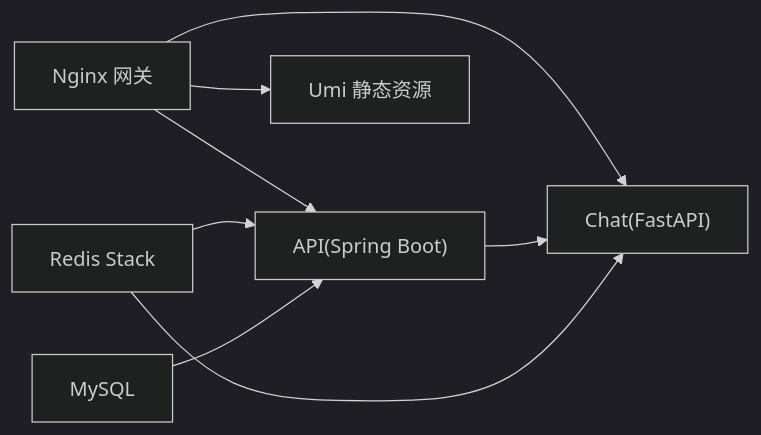
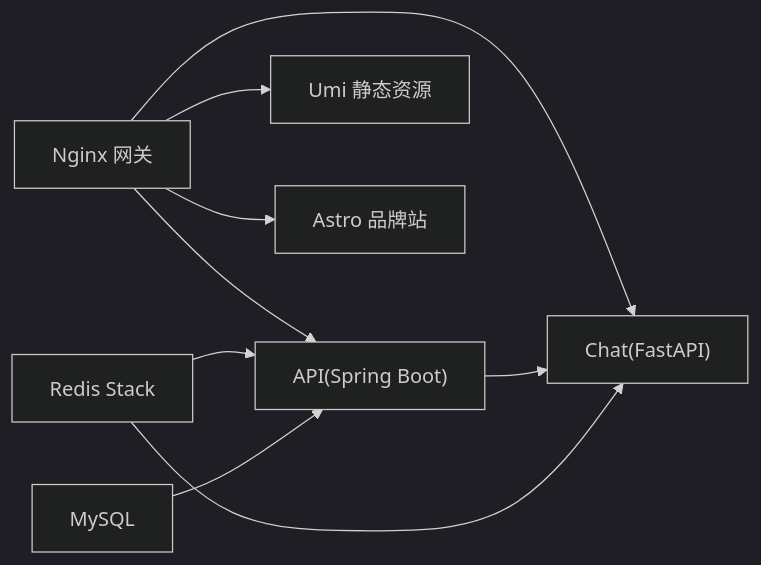
The second of 7 diagrams in .qoder/repowiki/zh/content/部署与运维/部署与运维.md (good-zheng/po), drawn with Mermaid (dark theme) before and after one commit. The commit also changed other lines of this file and 40 other files, not shown here.

````diff
--- a/.qoder/repowiki/zh/content/部署与运维/部署与运维.md
+++ b/.qoder/repowiki/zh/content/部署与运维/部署与运维.md
@@ -67,10 +82,11 @@
 ```mermaid
 graph LR
 MySQL["MySQL"] --> API["API(Spring Boot)"]
 Redis["Redis Stack"] --> API
 Redis --> Chat["Chat(FastAPI)"]
 API --> Chat
 Nginx["Nginx 网关"] --> Web["Umi 静态资源"]
 Nginx --> Chat
 Nginx --> API
+Nginx --> Brand["Astro 品牌站"]
 ```
````
